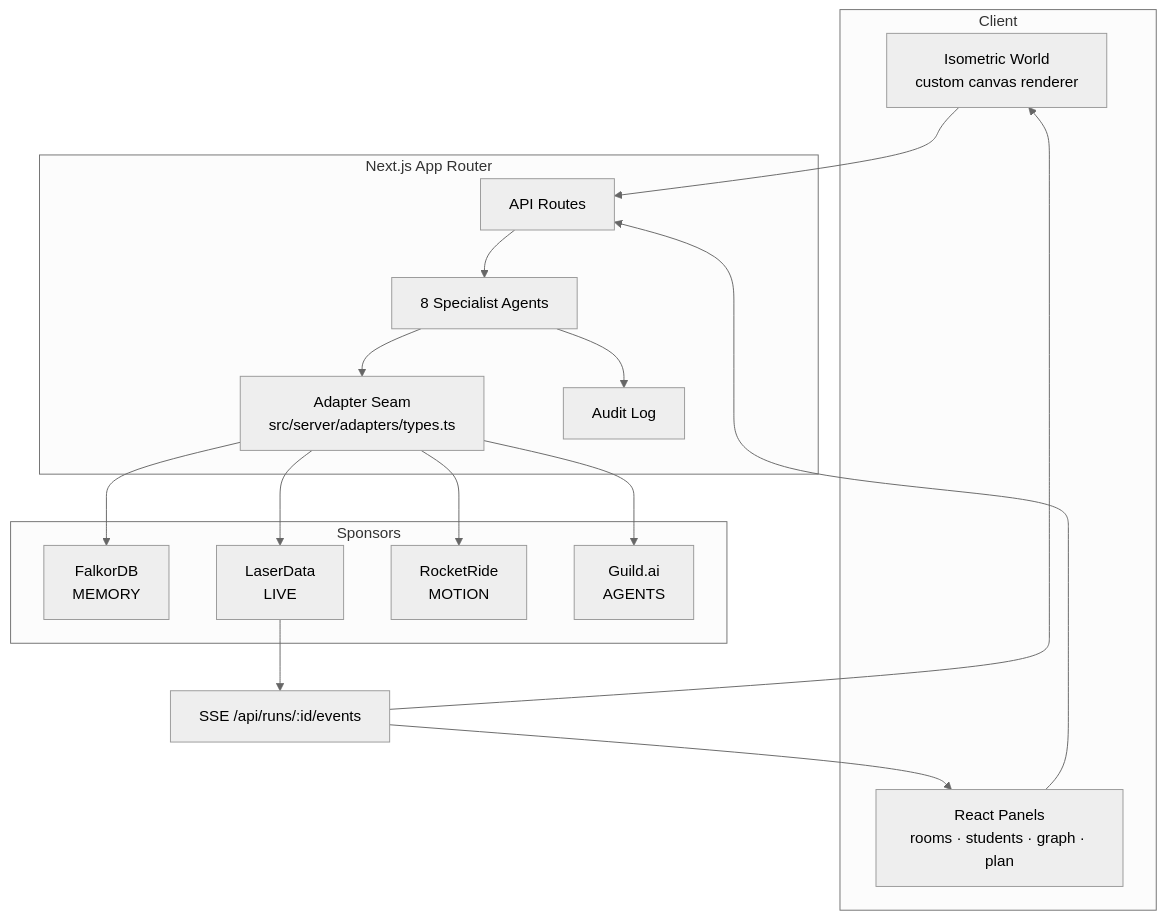
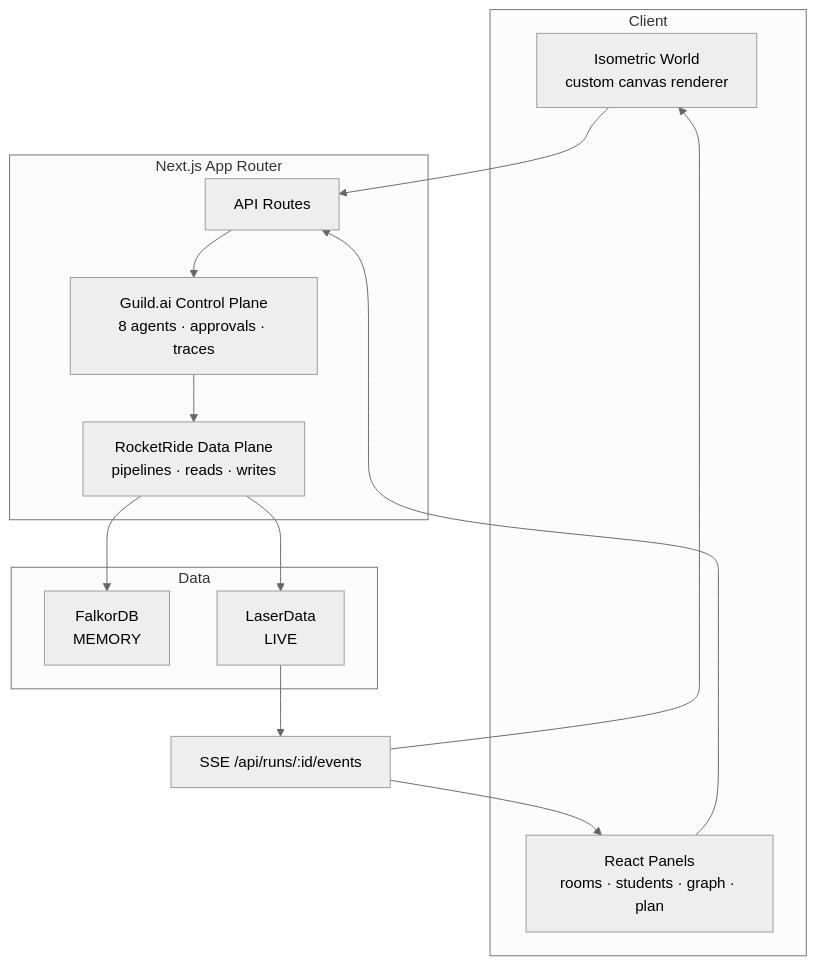
One commit to nathansso/Atrium. changed the second of 2 diagrams in README.md. Above: the diagram before and after it, drawn with Mermaid (neutral theme). The commit also changed other lines of this file and 17 other files, not shown here.

Commit message:
refactor: introduce RocketRide and Guild control planes

````diff
--- a/README.md
+++ b/README.md
@@ -109,34 +111,28 @@
 ```mermaid
 flowchart TD
   subgraph Client
     UI["Isometric World<br/>custom canvas renderer"]
     PANELS["React Panels<br/>rooms · students · graph · plan"]
   end
 
   subgraph Server["Next.js App Router"]
     API["API Routes"]
-    AGENTS["8 Specialist Agents"]
-    ADAPTERS["Adapter Seam<br/>src/server/adapters/types.ts"]
-    AUDIT["Audit Log"]
+    GUILDCP["Guild.ai Control Plane<br/>8 agents · approvals · traces"]
+    ROCKETCP["RocketRide Data Plane<br/>pipelines · reads · writes"]
   end
 
-  subgraph Sponsors
+  subgraph Data
     FALKOR["FalkorDB<br/>MEMORY"]
     LASER["LaserData<br/>LIVE"]
-    ROCKET["RocketRide<br/>MOTION"]
-    GUILD["Guild.ai<br/>AGENTS"]
   end
 
   UI --> API
   PANELS --> API
-  API --> AGENTS
-  AGENTS --> ADAPTERS
-  ADAPTERS --> FALKOR
-  ADAPTERS --> LASER
-  ADAPTERS --> ROCKET
-  ADAPTERS --> GUILD
-  AGENTS --> AUDIT
+  API --> GUILDCP
+  GUILDCP --> ROCKETCP
+  ROCKETCP --> FALKOR
+  ROCKETCP --> LASER
   LASER --> SSE["SSE /api/runs/:id/events"]
   SSE --> UI
   SSE --> PANELS
 ```
````
